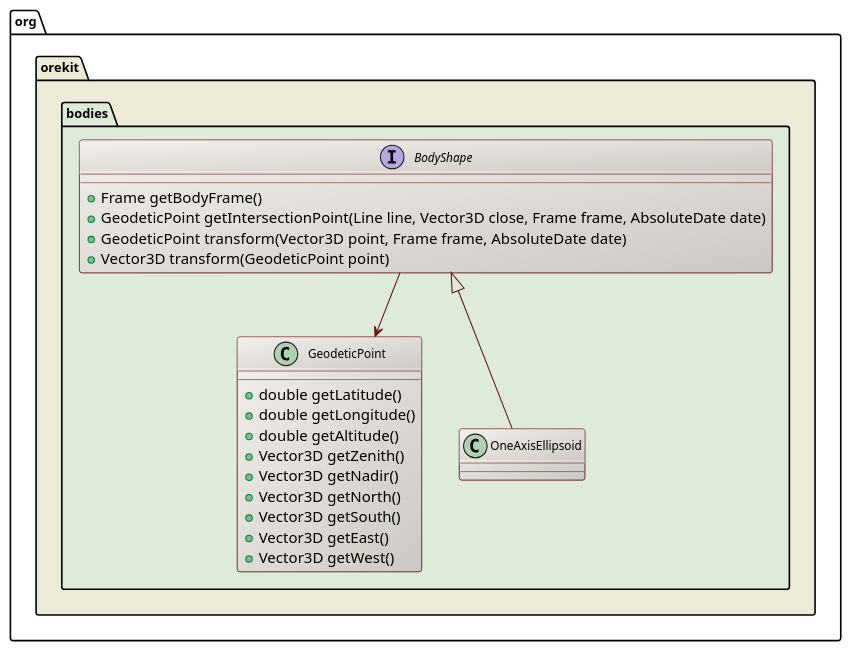
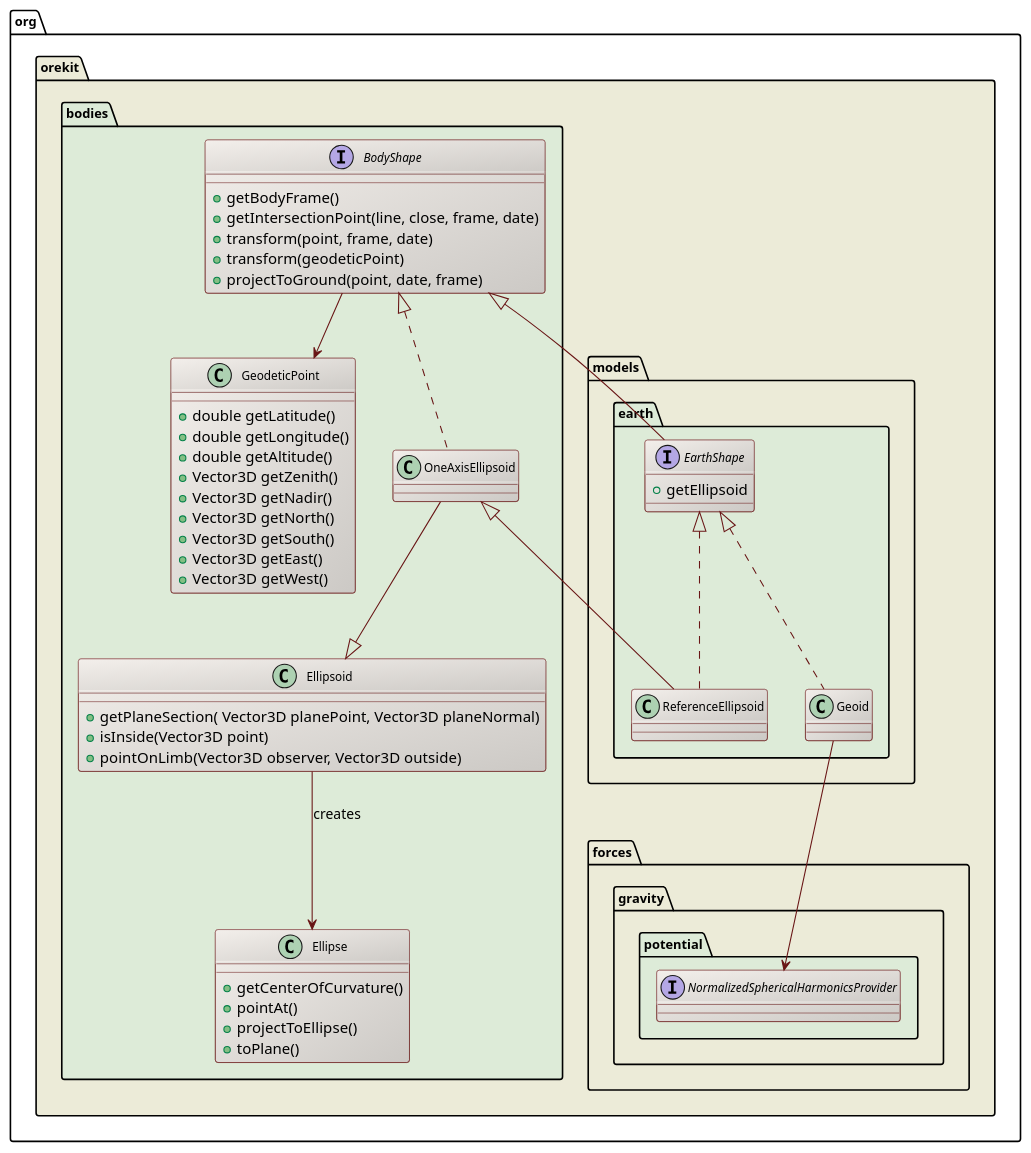
Before and after one commit to CS-SI/Orekit: the diagram in src/design/bodyshape-class-diagram.puml, drawn with PlantUML. The commit also changed 7 other files, not shown here.

Commit message:
Updated UML diagrams with latest version.

```diff
--- a/src/design/bodyshape-class-diagram.puml
+++ b/src/design/bodyshape-class-diagram.puml
@@ -17,42 +17,75 @@
 @startuml
 
   skinparam svek                  true
   skinparam ClassBackgroundColor  #F3EFEB/CCC9C5
   skinparam ClassArrowColor       #691616
   skinparam ClassBorderColor      #691616
   skinparam NoteBackgroundColor   #F3EFEB
   skinparam NoteBorderColor       #691616
   skinparam NoteFontColor         #691616
   skinparam ClassFontSize         11
   skinparam PackageFontSize       12
 
   package org.orekit #ECEBD8 {
     package bodies #DDEBD8 {
 
-    class GeodeticPoint {
-      +double getLatitude()
-      +double getLongitude()
-      +double getAltitude()
-      +Vector3D getZenith()
-      +Vector3D getNadir()
-      +Vector3D getNorth()
-      +Vector3D getSouth()
-      +Vector3D getEast()
-      +Vector3D getWest()
+      class GeodeticPoint {
+        +double getLatitude()
+        +double getLongitude()
+        +double getAltitude()
+        +Vector3D getZenith()
+        +Vector3D getNadir()
+        +Vector3D getNorth()
+        +Vector3D getSouth()
+        +Vector3D getEast()
+        +Vector3D getWest()
+      }
+
+      interface BodyShape {
+        +getBodyFrame()
+        +getIntersectionPoint(line, close, frame, date)
+        +transform(point, frame, date)
+        +transform(geodeticPoint)
+        +projectToGround(point, date, frame)
+      }
+
+      class OneAxisEllipsoid
+
+      class Ellipse {
+        +getCenterOfCurvature()
+        +pointAt()
+        +projectToEllipse()
+        +toPlane()
+      }
+
+      class Ellipsoid {
+        +getPlaneSection( Vector3D planePoint, Vector3D planeNormal)
+        +isInside(Vector3D point)
+        +pointOnLimb(Vector3D observer, Vector3D outside)
+      }
+
+      BodyShape <|.. OneAxisEllipsoid
+      OneAxisEllipsoid --|> Ellipsoid
+      Ellipsoid --> Ellipse : creates
+      BodyShape --> GeodeticPoint
+
+    }
+    package models.earth #DDEBD8 {
+      interface EarthShape {
+        +getEllipsoid
+      }
+      class ReferenceEllipsoid
+      class Geoid
+      EarthShape <|.. ReferenceEllipsoid
+      OneAxisEllipsoid <|-- ReferenceEllipsoid
+      BodyShape <|-- EarthShape
+      EarthShape <|.. Geoid 
+    }
+    package forces.gravity.potential #DDEBD8 {
+      interface NormalizedSphericalHarmonicsProvider
+      Geoid --> NormalizedSphericalHarmonicsProvider
     }
 
-    interface BodyShape {
-      +Frame getBodyFrame()
-      +GeodeticPoint getIntersectionPoint(Line line, Vector3D close, Frame frame, AbsoluteDate date)
-      +GeodeticPoint transform(Vector3D point, Frame frame, AbsoluteDate date)
-      +Vector3D transform(GeodeticPoint point)
-    }
-
-    class OneAxisEllipsoid
-    BodyShape <|-- OneAxisEllipsoid
-    BodyShape --> GeodeticPoint
-
-  }
   }
 
 @enduml
```
